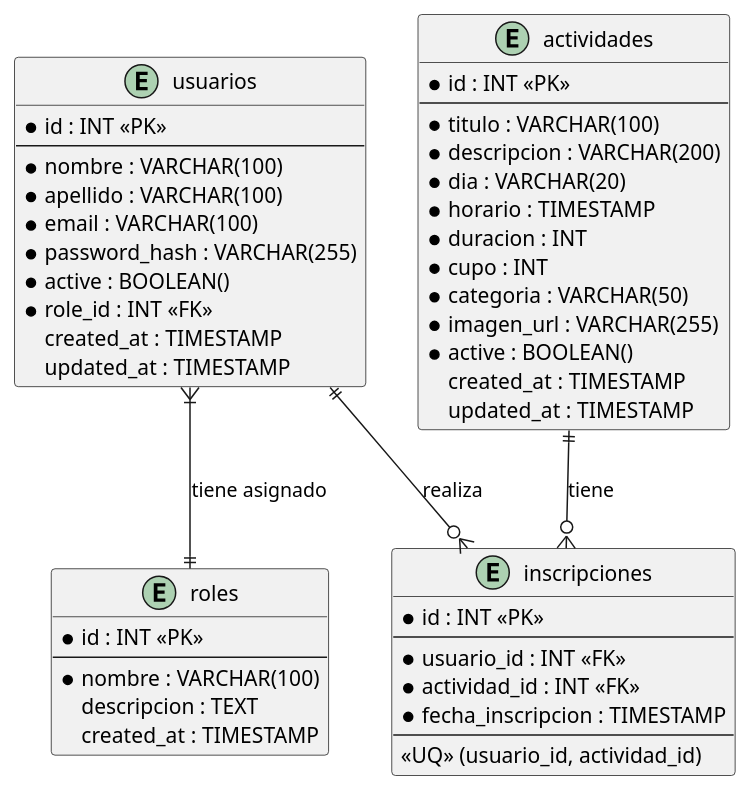
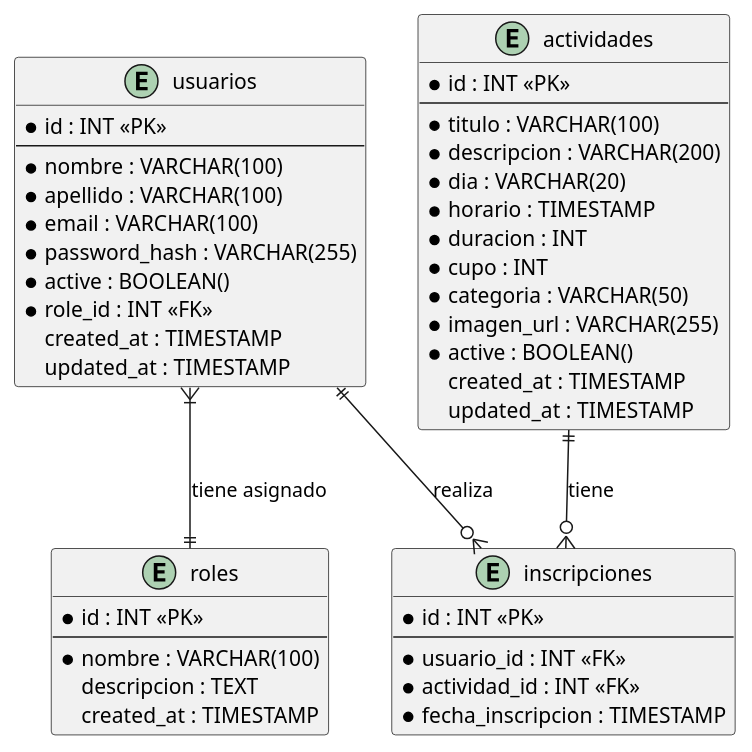
Before and after one commit to UCC-ArqSoft1/proyecto2025-vidal-don-pappalardo-galaverna: the diagram in a.puml, drawn with PlantUML.

Commit message:
Fix indentation and remove unused unique constraint in inscripciones entity

```diff
--- a/a.puml
+++ b/a.puml
@@ -1,54 +1,52 @@
 @startuml
 
 entity "usuarios" {
   * id : INT <<PK>>
   --
   * nombre : VARCHAR(100)
   * apellido : VARCHAR(100)
   * email : VARCHAR(100)
   * password_hash : VARCHAR(255)
   * active : BOOLEAN()
   * role_id : INT <<FK>>
   created_at : TIMESTAMP
   updated_at : TIMESTAMP
 }
 
 entity "roles" {
   * id : INT <<PK>>
   --
   * nombre : VARCHAR(100)
   descripcion : TEXT
   created_at : TIMESTAMP
 }
 
 entity "actividades" {
   * id : INT <<PK>>
   --
   * titulo : VARCHAR(100)
   * descripcion : VARCHAR(200)
   * dia : VARCHAR(20)
   * horario : TIMESTAMP
   * duracion : INT  
   * cupo : INT
   * categoria : VARCHAR(50)
   * imagen_url : VARCHAR(255)
-    * active : BOOLEAN()
+  * active : BOOLEAN()
   created_at : TIMESTAMP
   updated_at : TIMESTAMP
 }
 
 entity "inscripciones" {
   * id : INT <<PK>>
   --
   * usuario_id : INT <<FK>>
   * actividad_id : INT <<FK>>
   * fecha_inscripcion : TIMESTAMP
-  --
-  <<UQ>> (usuario_id, actividad_id)
 }
 
 usuarios ||--o{ inscripciones : "realiza"
 usuarios }|--|| roles : "tiene asignado"
 actividades ||--o{ inscripciones : "tiene"
 
 @enduml
```
